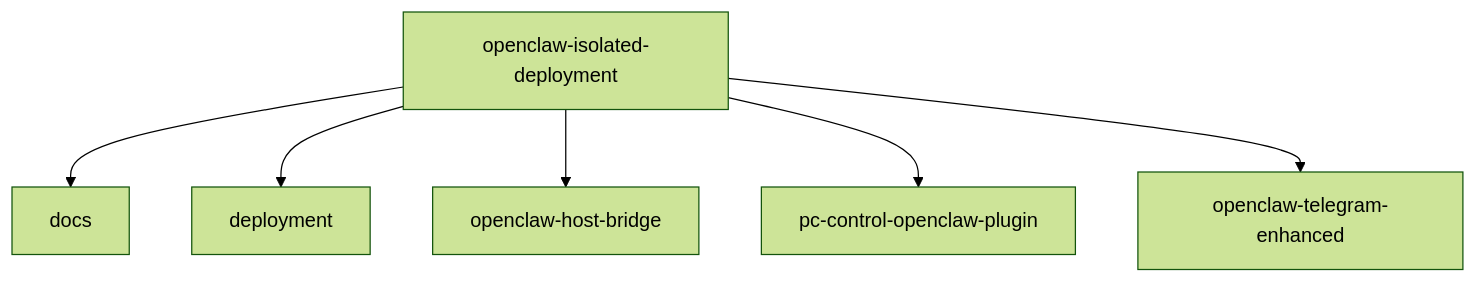
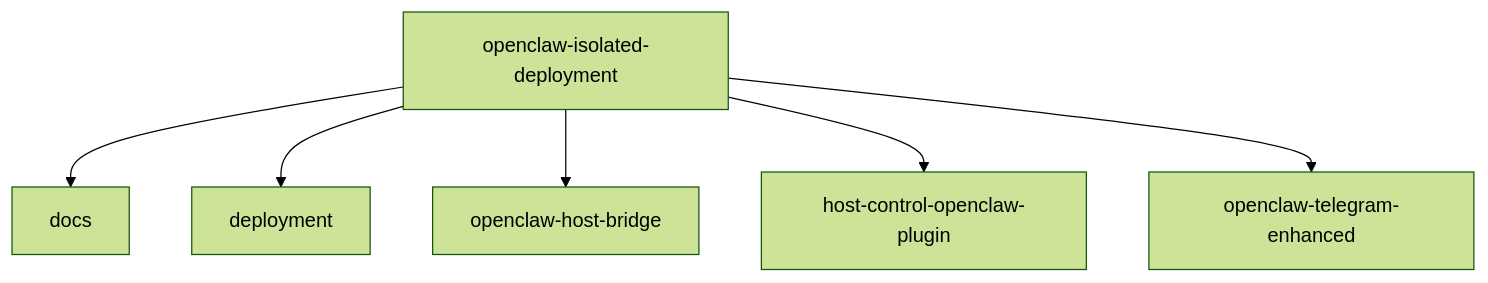
Before and after one commit to mfshaf7/openclaw-isolated-deployment: the diagram in docs/repository-map.md, drawn with Mermaid (forest theme). The commit also changed other lines of this file and 31 other files, not shown here.

Commit message:
refactor: rename host capability to host-control

````diff
--- a/docs/repository-map.md
+++ b/docs/repository-map.md
@@ -11,9 +11,9 @@
 ```mermaid
 flowchart TD
     Root[openclaw-isolated-deployment]
     Root --> Docs[docs]
     Root --> Deploy[deployment]
     Root --> Bridge[openclaw-host-bridge]
-    Root --> Plugin[pc-control-openclaw-plugin]
+    Root --> Plugin[host-control-openclaw-plugin]
     Root --> Telegram[openclaw-telegram-enhanced]
 ```
````
